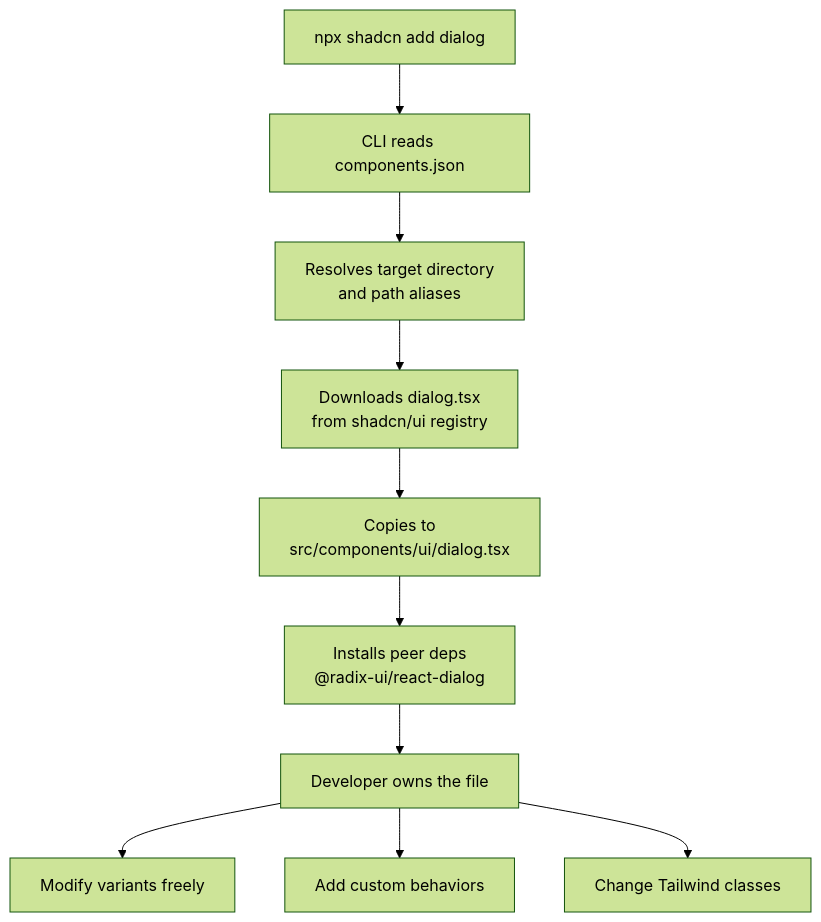
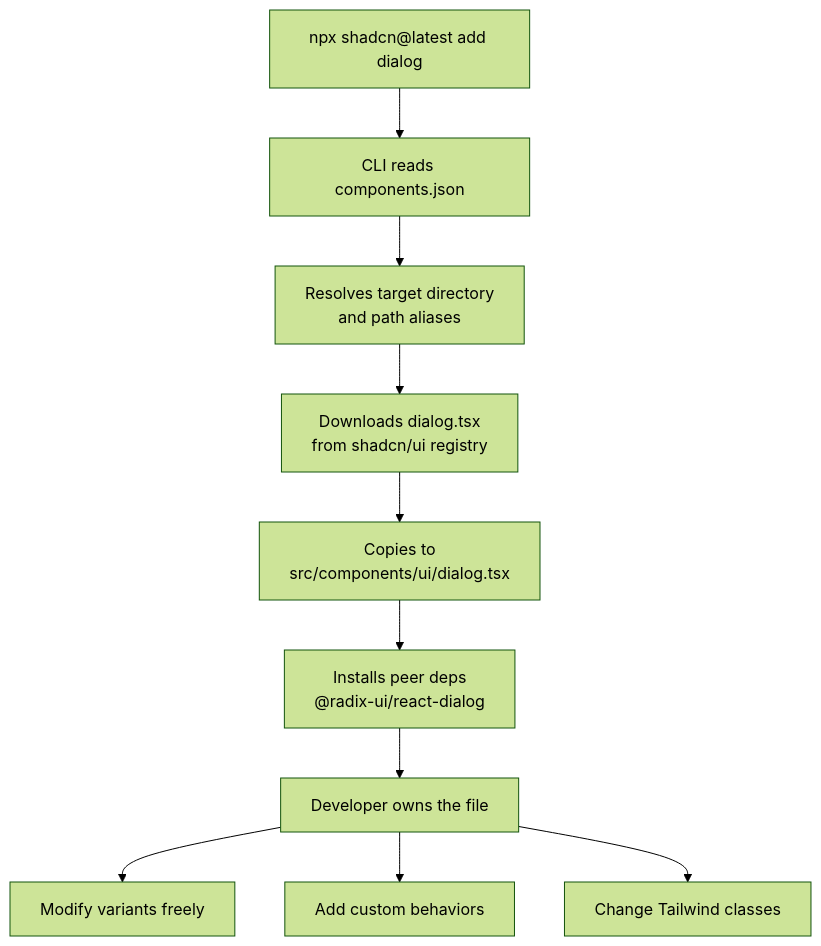
One commit to alivedise/frontend-engineering-essentials changed the diagram in docs/en/Design Systems and UI Libraries/903.md. Above: the diagram before and after it, drawn with Mermaid (forest theme). The commit also changed 1 other file, not shown here.

Commit message:
fix(fee): fix FEE-903 mermaid diagram CLI command to npx shadcn@latest

````diff
--- a/docs/en/Design Systems and UI Libraries/903.md
+++ b/docs/en/Design Systems and UI Libraries/903.md
@@ -186,12 +186,12 @@
 ```mermaid
 flowchart TD
-    A["npx shadcn add dialog"] --> B["CLI reads components.json"]
+    A["npx shadcn@latest add dialog"] --> B["CLI reads components.json"]
     B --> C["Resolves target directory\nand path aliases"]
     C --> D["Downloads dialog.tsx\nfrom shadcn/ui registry"]
     D --> E["Copies to\nsrc/components/ui/dialog.tsx"]
     E --> F["Installs peer deps\n@radix-ui/react-dialog"]
     F --> G["Developer owns the file"]
     G --> H["Modify variants freely"]
     G --> I["Add custom behaviors"]
     G --> J["Change Tailwind classes"]
 ```
````
